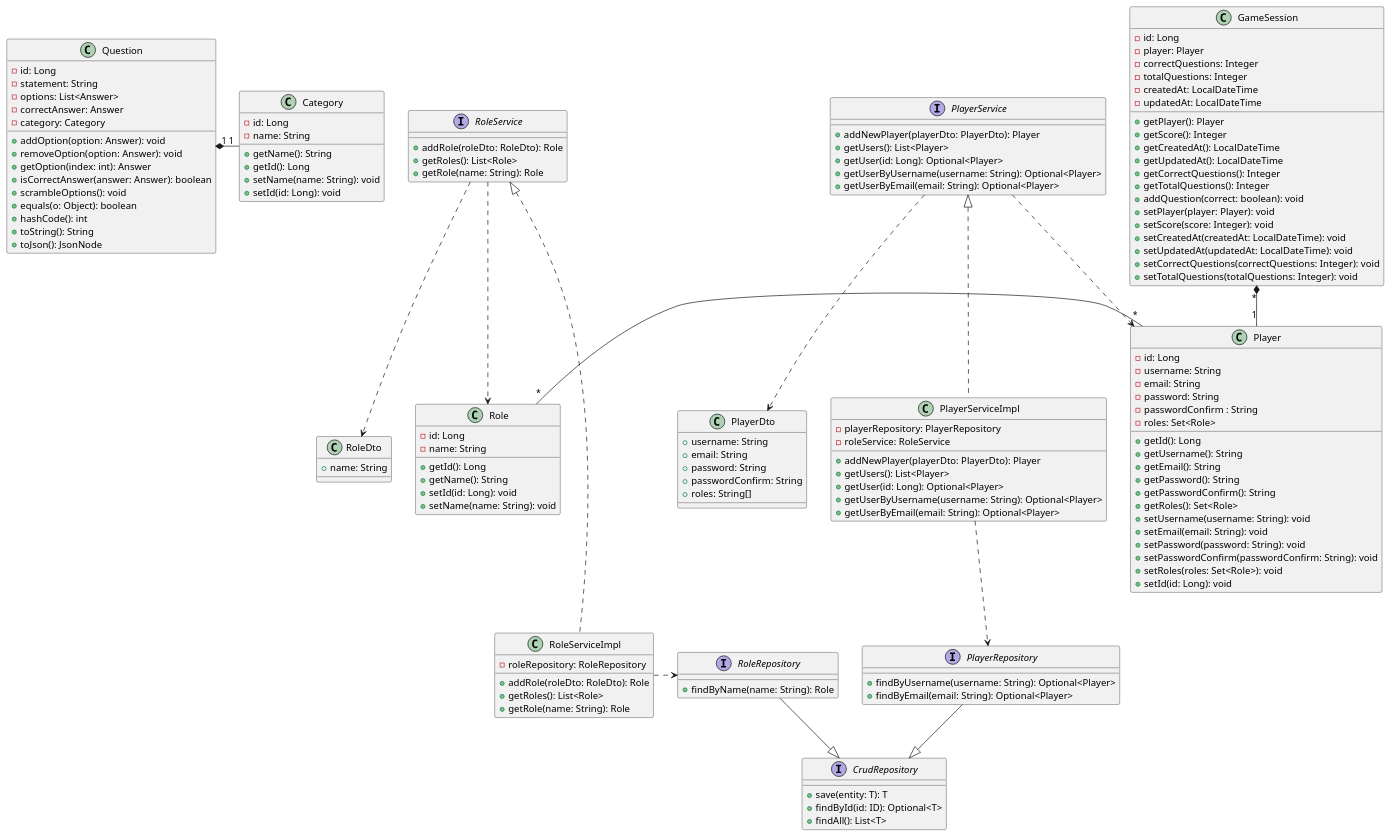
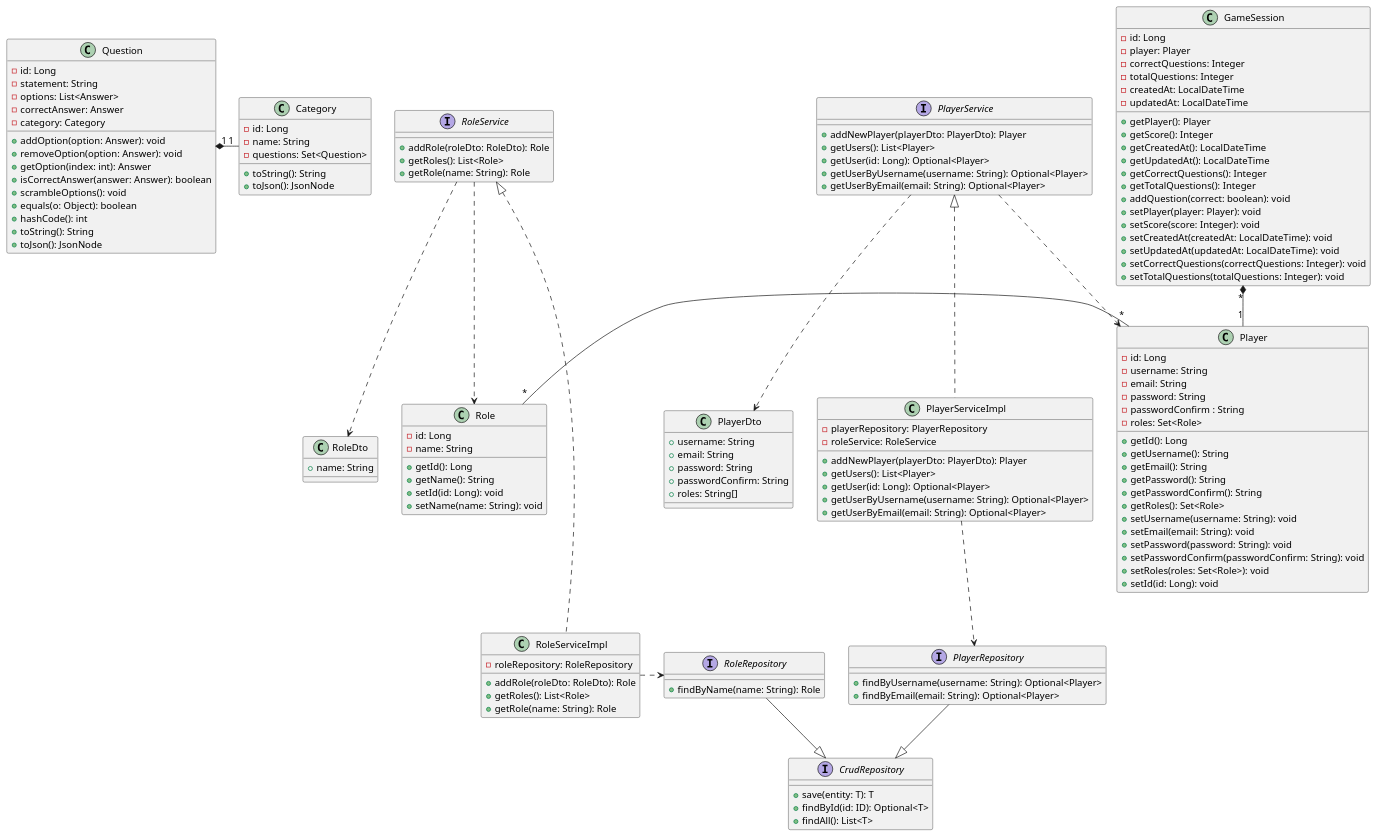
The first of 2 diagrams in docs/src/08_concepts.adoc (Arquisoft/wiq_es04b), drawn with PlantUML before and after one commit.

Commit message:
Category actualizado

```diff
--- a/docs/src/08_concepts.adoc
+++ b/docs/src/08_concepts.adoc
@@ -33,10 +33,9 @@
 class Category {
   - id: Long
   - name: String
-  + getName(): String
-  + getId(): Long
-  + setName(name: String): void
-  + setId(id: Long): void
+  - questions: Set<Question>
+  + toString(): String
+  + toJson(): JsonNode
 }
 
 class Player {
```
